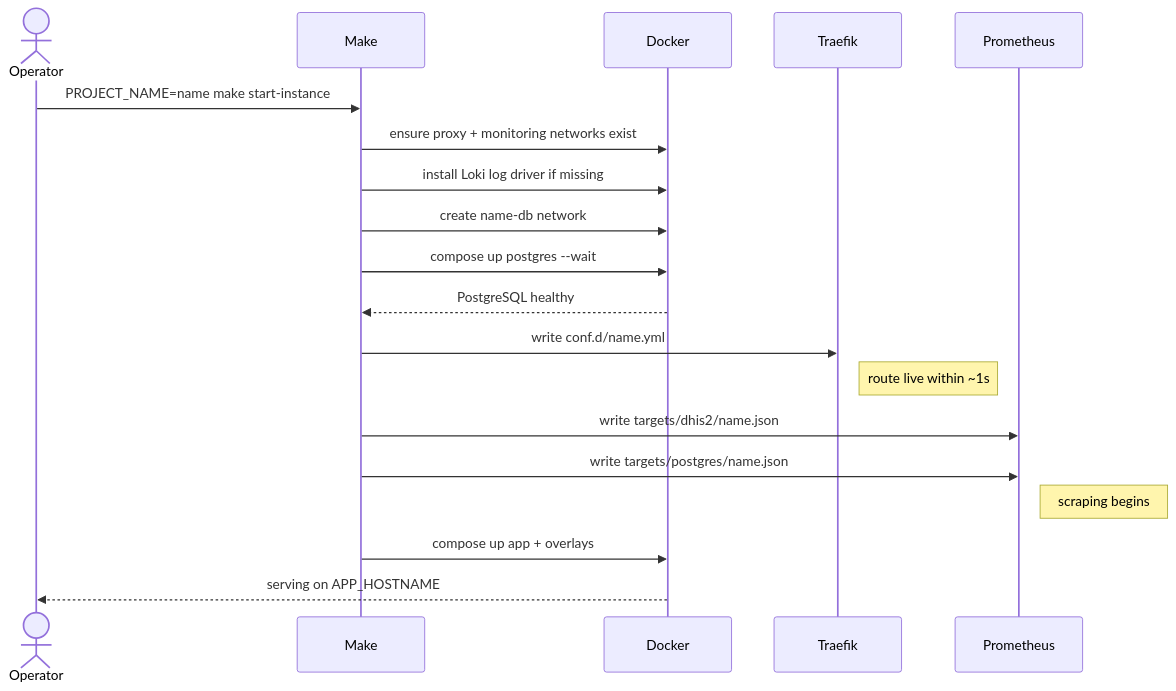
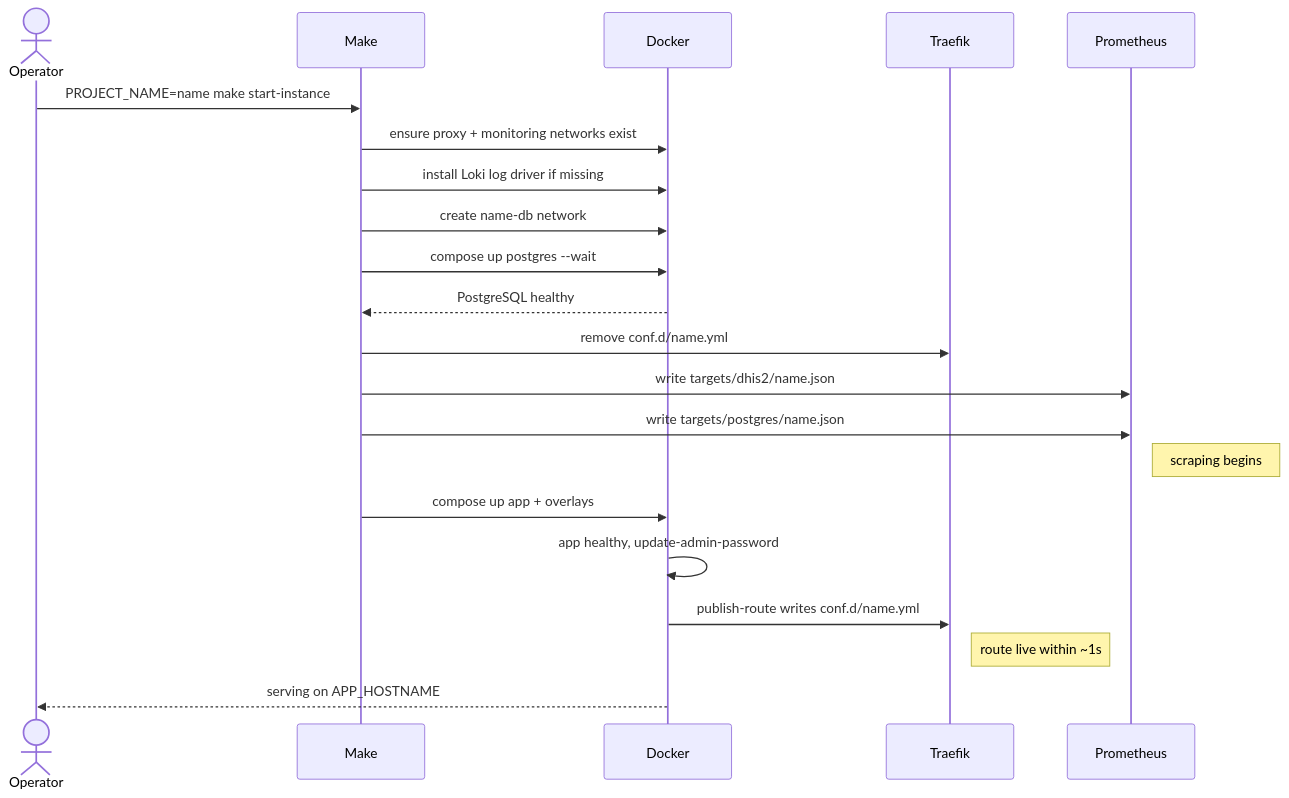
One commit to dhis2/docker-deployment changed the second of 2 diagrams in docs/reference/instance-lifecycle.md. Above: the diagram before and after it, drawn with Mermaid. The commit also changed other lines of this file and 8 other files, not shown here.

Commit message:
fix: publish instance route only after admin password is set

````diff
--- a/docs/reference/instance-lifecycle.md
+++ b/docs/reference/instance-lifecycle.md
@@ -85,22 +85,24 @@
 ```mermaid
 sequenceDiagram
     actor Operator
     participant Make
     participant Docker
     participant Traefik
     participant Prometheus
 
     Operator->>Make: PROJECT_NAME=name make start-instance
     Make->>Docker: ensure proxy + monitoring networks exist
     Make->>Docker: install Loki log driver if missing
     Make->>Docker: create name-db network
     Make->>Docker: compose up postgres --wait
     Docker-->>Make: PostgreSQL healthy
-    Make->>Traefik: write conf.d/name.yml
-    Note right of Traefik: route live within ~1s
+    Make->>Traefik: remove conf.d/name.yml
     Make->>Prometheus: write targets/dhis2/name.json
     Make->>Prometheus: write targets/postgres/name.json
     Note right of Prometheus: scraping begins
     Make->>Docker: compose up app + overlays
+    Docker->>Docker: app healthy, update-admin-password
+    Docker->>Traefik: publish-route writes conf.d/name.yml
+    Note right of Traefik: route live within ~1s
     Docker-->>Operator: serving on APP_HOSTNAME
 ```
````
